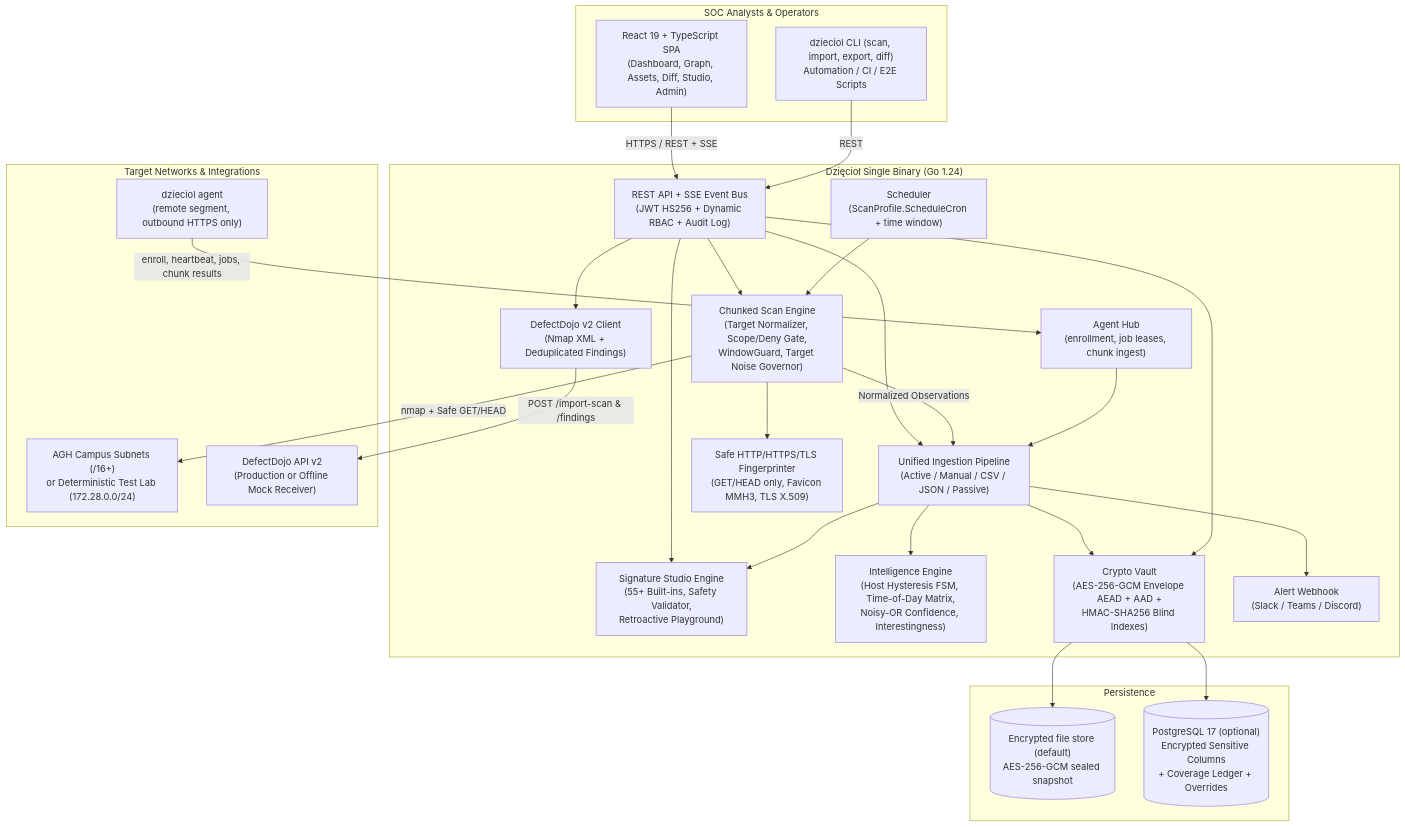
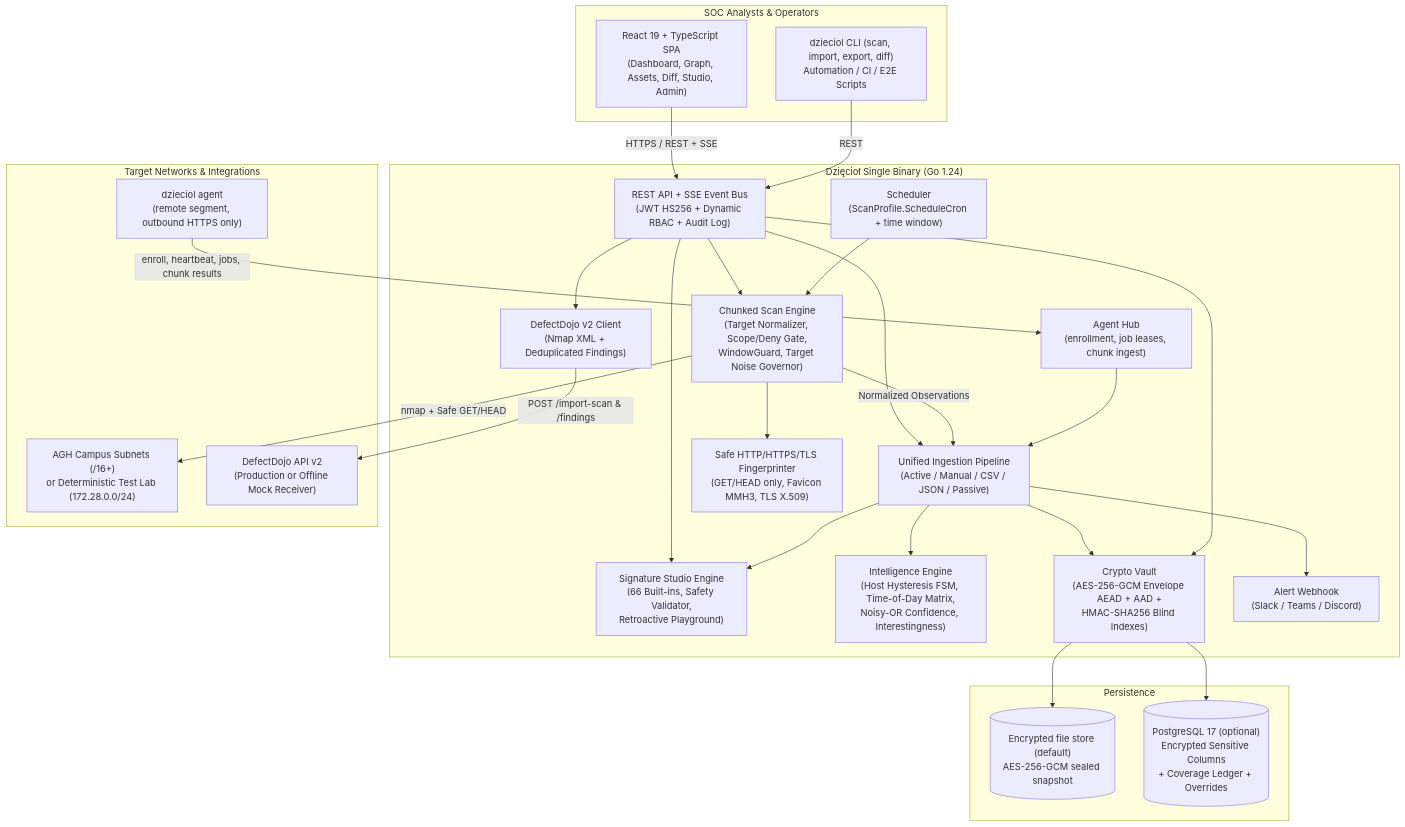
One commit to Rei-x/agh-attack-surface-intelligence changed the first of 4 diagrams in docs/ARCHITECTURE.md. Above: the diagram before and after it, drawn with Mermaid. The commit also changed 5 other files, not shown here.

````diff
--- a/docs/ARCHITECTURE.md
+++ b/docs/ARCHITECTURE.md
@@ -11,53 +11,53 @@
 ```mermaid
 flowchart TB
     subgraph Client["SOC Analysts & Operators"]
         UI["React 19 + TypeScript SPA<br/>(Dashboard, Graph, Assets, Diff, Studio, Admin)"]
         CLI["dzieciol CLI (scan, import, export, diff)<br/>Automation / CI / E2E Scripts"]
     end
 
     subgraph App["Dzięcioł Single Binary (Go 1.24)"]
         API["REST API + SSE Event Bus<br/>(JWT HS256 + Dynamic RBAC + Audit Log)"]
         ING["Unified Ingestion Pipeline<br/>(Active / Manual / CSV / JSON / Passive)"]
         ENG["Chunked Scan Engine<br/>(Target Normalizer, Scope/Deny Gate,<br/>WindowGuard, Target Noise Governor)"]
         FP["Safe HTTP/HTTPS/TLS Fingerprinter<br/>(GET/HEAD only, Favicon MMH3, TLS X.509)"]
-        SIG["Signature Studio Engine<br/>(55+ Built-ins, Safety Validator,<br/>Retroactive Playground)"]
+        SIG["Signature Studio Engine<br/>(66 Built-ins, Safety Validator,<br/>Retroactive Playground)"]
         INT["Intelligence Engine<br/>(Host Hysteresis FSM, Time-of-Day Matrix,<br/>Noisy-OR Confidence, Interestingness)"]
         VAULT["Crypto Vault<br/>(AES-256-GCM Envelope AEAD + AAD +<br/>HMAC-SHA256 Blind Indexes)"]
         DD["DefectDojo v2 Client<br/>(Nmap XML + Deduplicated Findings)"]
         SCH["Scheduler<br/>(ScanProfile.ScheduleCron + time window)"]
         HUB["Agent Hub<br/>(enrollment, job leases, chunk ingest)"]
         NTF["Alert Webhook<br/>(Slack / Teams / Discord)"]
     end
 
     subgraph Storage["Persistence"]
         FS[("Encrypted file store (default)<br/>AES-256-GCM sealed snapshot")]
         PG[("PostgreSQL 17 (optional)<br/>Encrypted Sensitive Columns<br/>+ Coverage Ledger + Overrides")]
     end
 
     subgraph External["Target Networks & Integrations"]
         NET["AGH Campus Subnets (/16+)<br/>or Deterministic Test Lab (172.28.0.0/24)"]
         DD_SRV["DefectDojo API v2<br/>(Production or Offline Mock Receiver)"]
         AGENT["dzieciol agent<br/>(remote segment, outbound HTTPS only)"]
     end
 
     UI -->|HTTPS / REST + SSE| API
     CLI -->|REST| API
     API --> ING
     API --> ENG
     API --> SIG
     API --> DD
     ENG --> FP
     ENG -->|Normalized Observations| ING
     ING --> SIG
     ING --> INT
     ING --> VAULT
     VAULT --> FS
     VAULT --> PG
     SCH --> ENG
     ING --> NTF
     AGENT -->|enroll, heartbeat, jobs, chunk results| HUB
     HUB --> ING
     API --> VAULT
     ENG -->|nmap + Safe GET/HEAD| NET
     DD -->|POST /import-scan & /findings| DD_SRV
 ```
````
